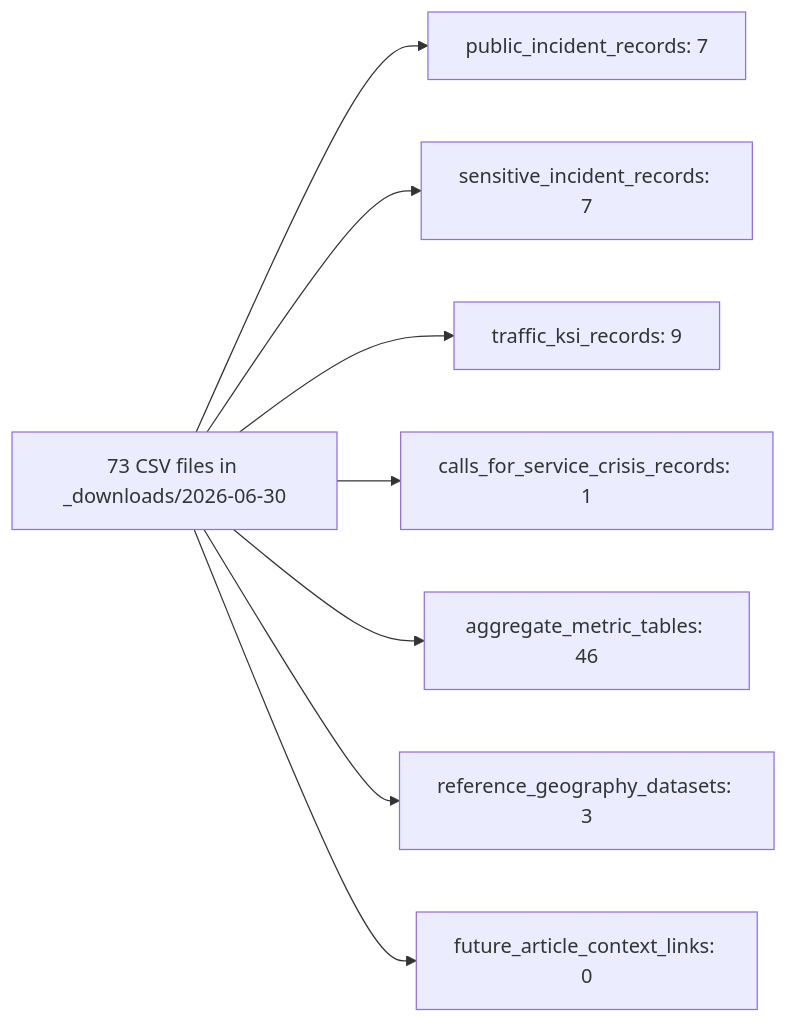
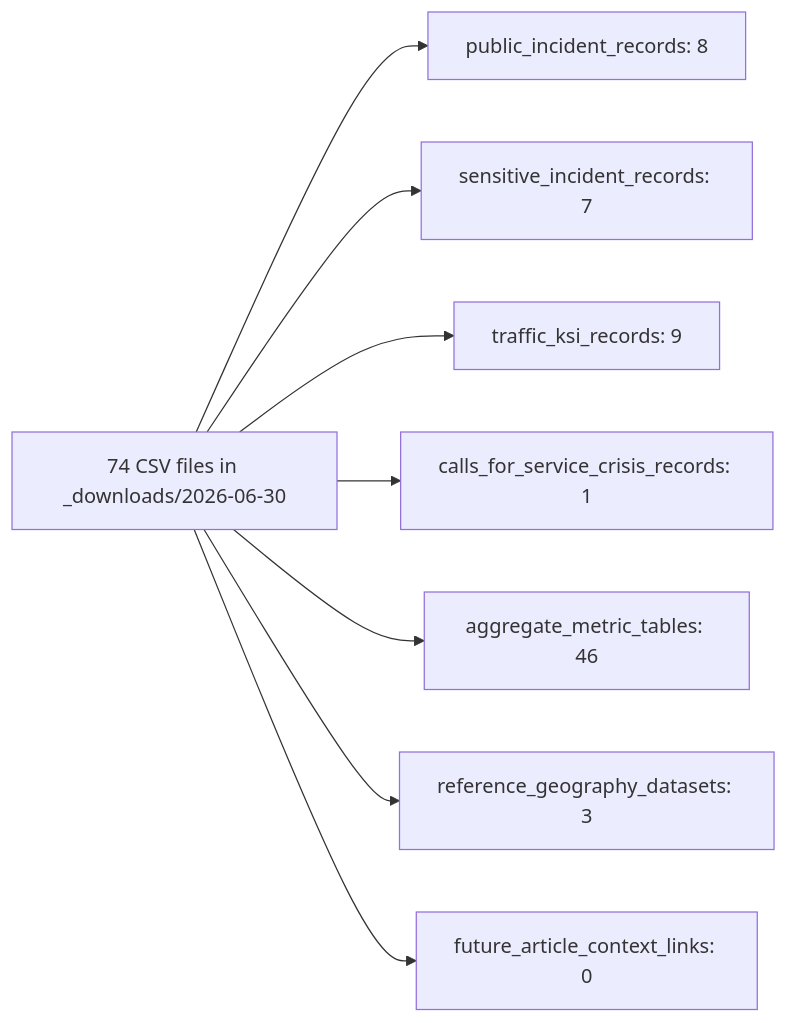
Before and after one commit to shujaai/crimecanada: the diagram in docs/TPS_TYPED_SOURCE_LAYER_PLAN_2026-06-30.md, drawn with Mermaid. The commit also changed other lines of this file and 6 other files, not shown here.

````diff
--- a/docs/TPS_TYPED_SOURCE_LAYER_PLAN_2026-06-30.md
+++ b/docs/TPS_TYPED_SOURCE_LAYER_PLAN_2026-06-30.md
@@ -31,11 +31,11 @@
 ```mermaid
 flowchart LR
-  bulk["73 CSV files in _downloads/2026-06-30"]
-  bulk --> public["public_incident_records: 7"]
+  bulk["74 CSV files in _downloads/2026-06-30"]
+  bulk --> public["public_incident_records: 8"]
   bulk --> sensitive["sensitive_incident_records: 7"]
   bulk --> traffic["traffic_ksi_records: 9"]
   bulk --> crisis["calls_for_service_crisis_records: 1"]
   bulk --> aggregate["aggregate_metric_tables: 46"]
   bulk --> reference["reference_geography_datasets: 3"]
   bulk --> future["future_article_context_links: 0"]
 ```
````
